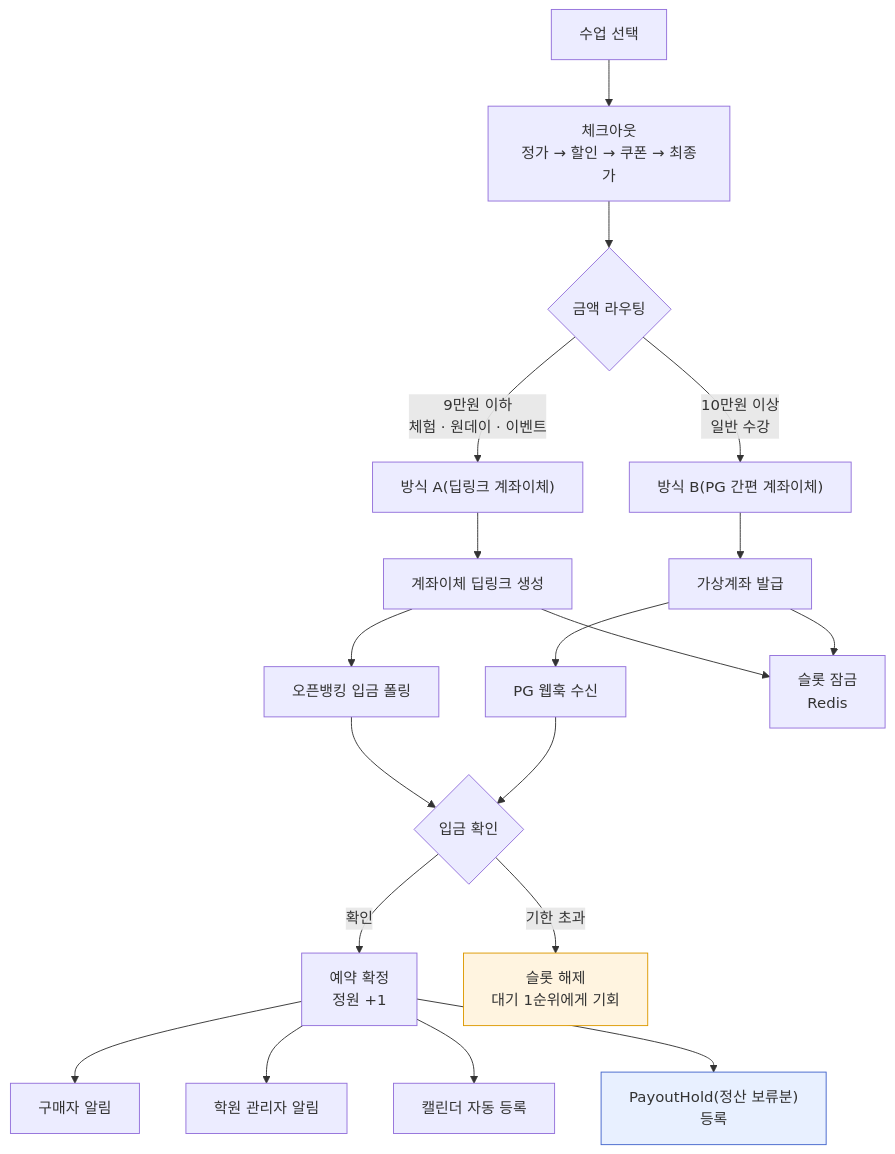
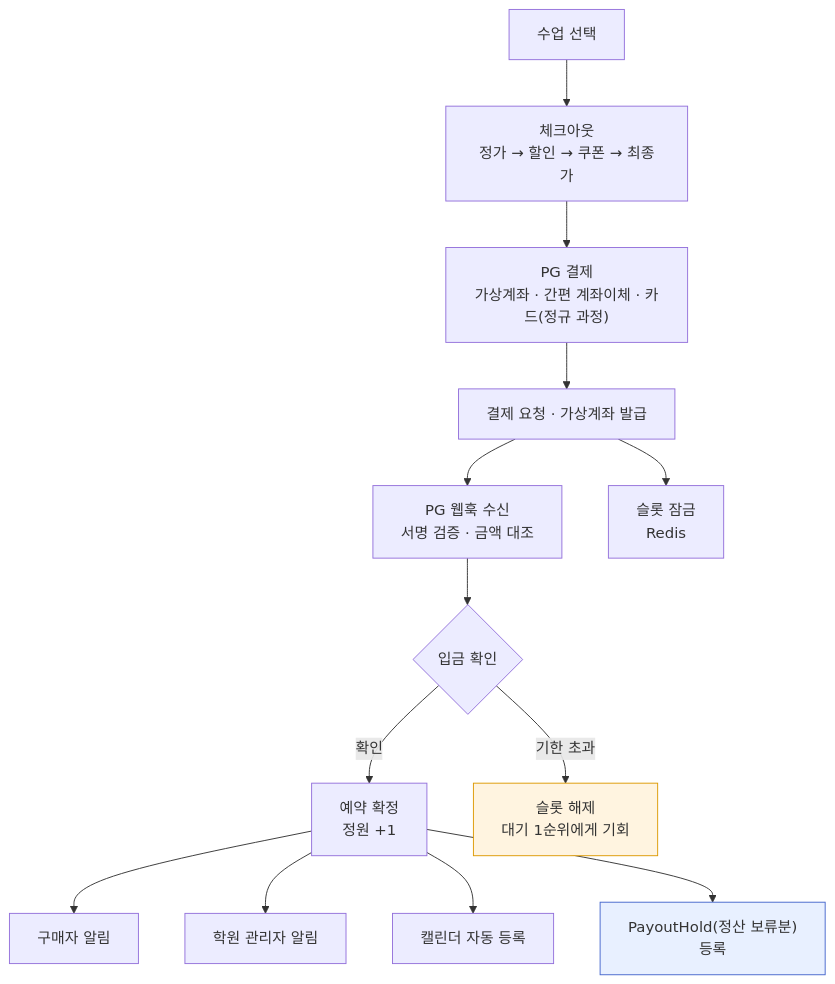
The eighth of 13 diagrams in docs/kdancex4_service_definition_and_tech_stack.md (ChaeUngLim/kdancex4), drawn with Mermaid before and after one commit. The commit also changed other lines of this file and 2 other files, not shown here.

````diff
--- a/docs/kdancex4_service_definition_and_tech_stack.md
+++ b/docs/kdancex4_service_definition_and_tech_stack.md
@@ -1467,25 +1605,20 @@
 ```mermaid
 flowchart TB
     S["수업 선택"] --> CK["체크아웃<br/>정가 → 할인 → 쿠폰 → 최종가"]
-    CK --> R{"금액 라우팅"}
-    R -->|"9만원 이하<br/>체험 · 원데이 · 이벤트"| A["방식 A(딥링크 계좌이체)"]
-    R -->|"10만원 이상<br/>일반 수강"| B["방식 B(PG 간편 계좌이체)"]
+    CK --> B["PG 결제<br/>가상계좌 · 간편 계좌이체 · 카드(정규 과정)"]
 
-    A --> A1["계좌이체 딥링크 생성"] --> A2["오픈뱅킹 입금 폴링"]
-    B --> B1["가상계좌 발급"] --> B2["PG 웹훅 수신"]
+    B --> B1["결제 요청 · 가상계좌 발급"] --> B2["PG 웹훅 수신<br/>서명 검증 · 금액 대조"]
 
-    A1 --> L["슬롯 잠금<br/>Redis"]
-    B1 --> L
-    A2 --> M{"입금 확인"}
-    B2 --> M
+    B1 --> L["슬롯 잠금<br/>Redis"]
+    B2 --> M{"입금 확인"}
     M -->|"확인"| OK["예약 확정<br/>정원 +1"]
     M -->|"기한 초과"| TO["슬롯 해제<br/>대기 1순위에게 기회"]
 
     OK --> N1["구매자 알림"]
     OK --> N2["학원 관리자 알림"]
     OK --> N3["캘린더 자동 등록"]
     OK --> HOLD["PayoutHold(정산 보류분)<br/>등록"]
 
     style HOLD fill:#e8f0ff,stroke:#46c
     style TO fill:#fff4e0,stroke:#d90
 ```
````
